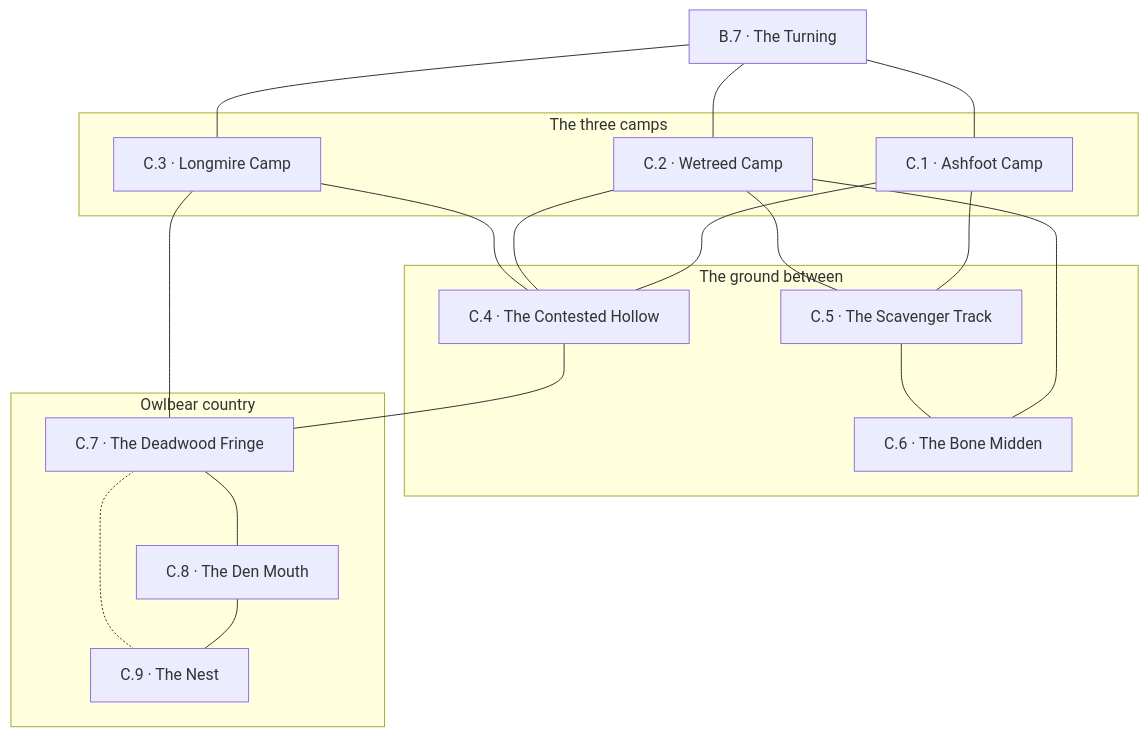
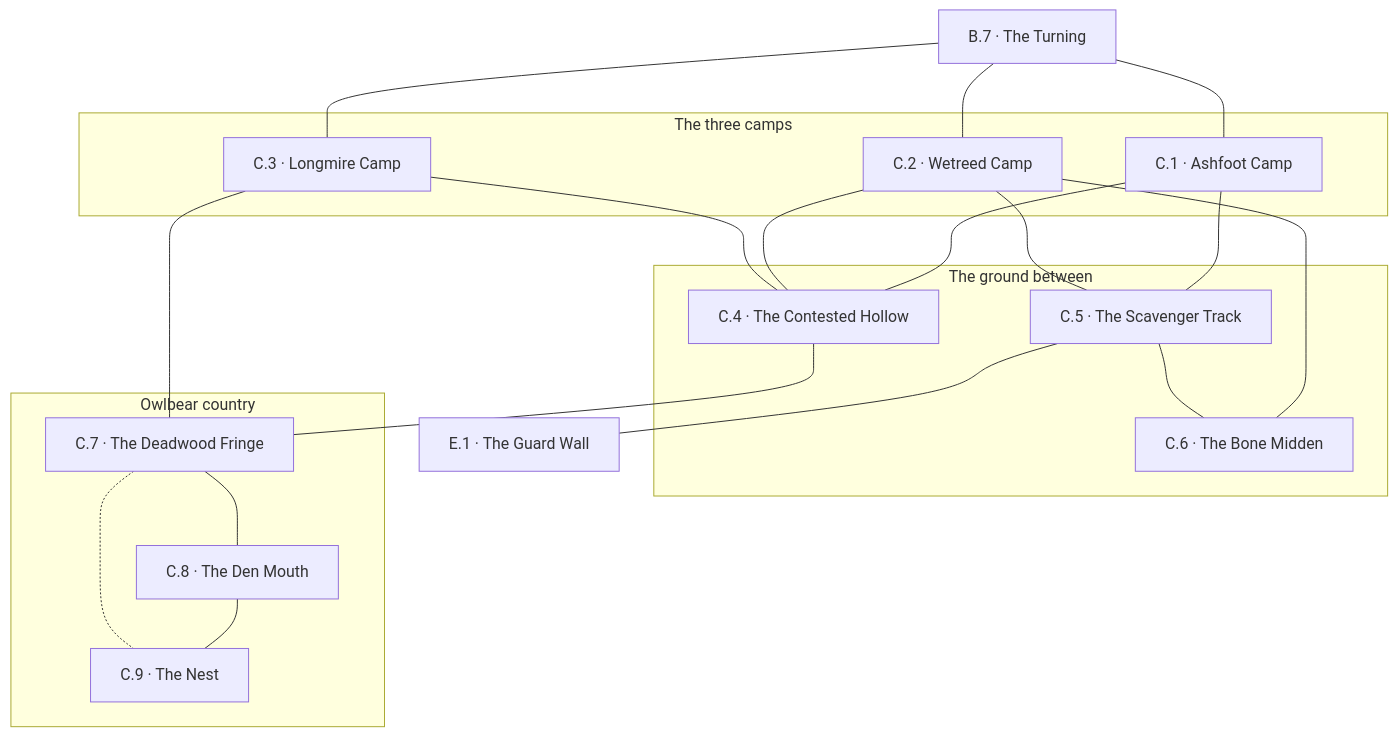
The diagram in regions/C_Goblin_Camps.md (rstevenson1237/drakenhold), drawn with Mermaid before and after one commit. The commit also changed other lines of this file and 3 other files, not shown here.

````diff
--- a/regions/C_Goblin_Camps.md
+++ b/regions/C_Goblin_Camps.md
@@ -109,38 +110,40 @@
 ```mermaid
 graph TD
   B7["B.7 · The Turning"]
+  E1["E.1 · The Guard Wall"]
 
   subgraph CAMPS["The three camps"]
     C1["C.1 · Ashfoot Camp"]
     C2["C.2 · Wetreed Camp"]
     C3["C.3 · Longmire Camp"]
   end
 
   subgraph BETWEEN["The ground between"]
     C4["C.4 · The Contested Hollow"]
     C5["C.5 · The Scavenger Track"]
     C6["C.6 · The Bone Midden"]
   end
 
   subgraph OWLBEAR["Owlbear country"]
     C7["C.7 · The Deadwood Fringe"]
     C8["C.8 · The Den Mouth"]
     C9["C.9 · The Nest"]
   end
 
   B7 --- C1
   B7 --- C2
   B7 --- C3
   C1 --- C4
   C2 --- C4
   C3 --- C4
   C1 --- C5
   C2 --- C5
   C2 --- C6
   C5 --- C6
+  C5 --- E1
   C3 --- C7
   C4 --- C7
   C7 --- C8
   C8 --- C9
   C7 -.- C9
 ```
````
